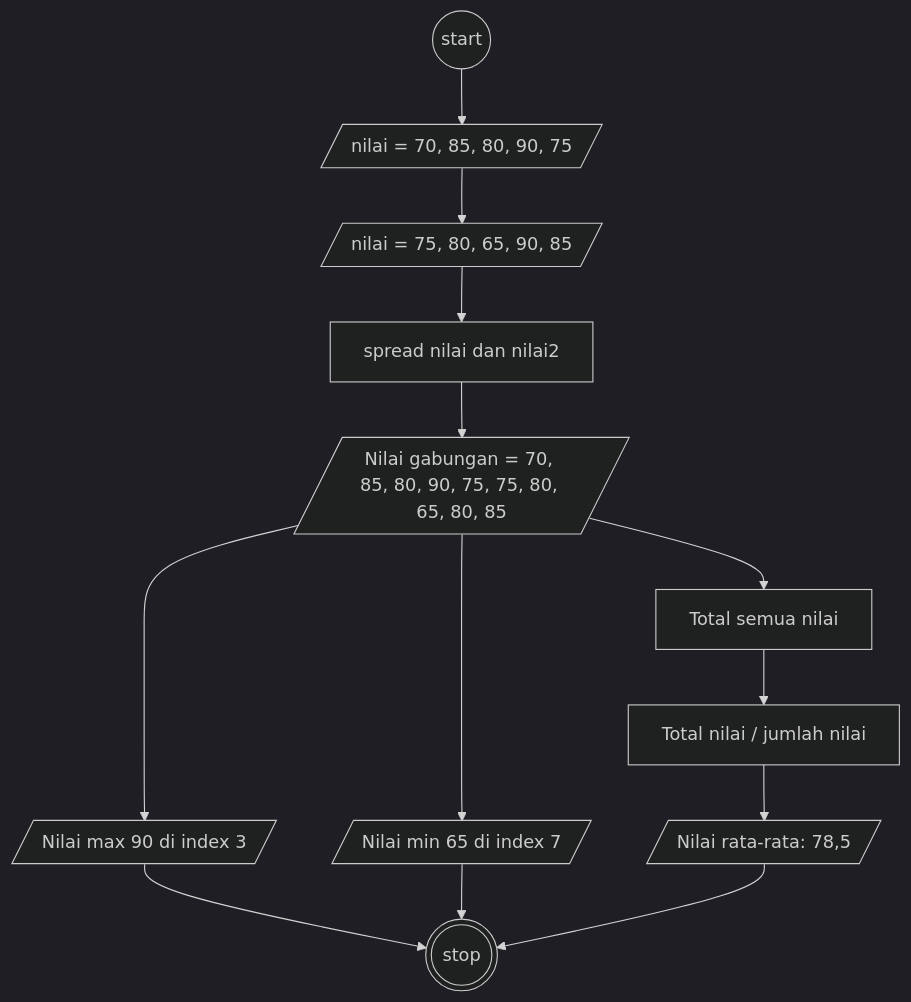
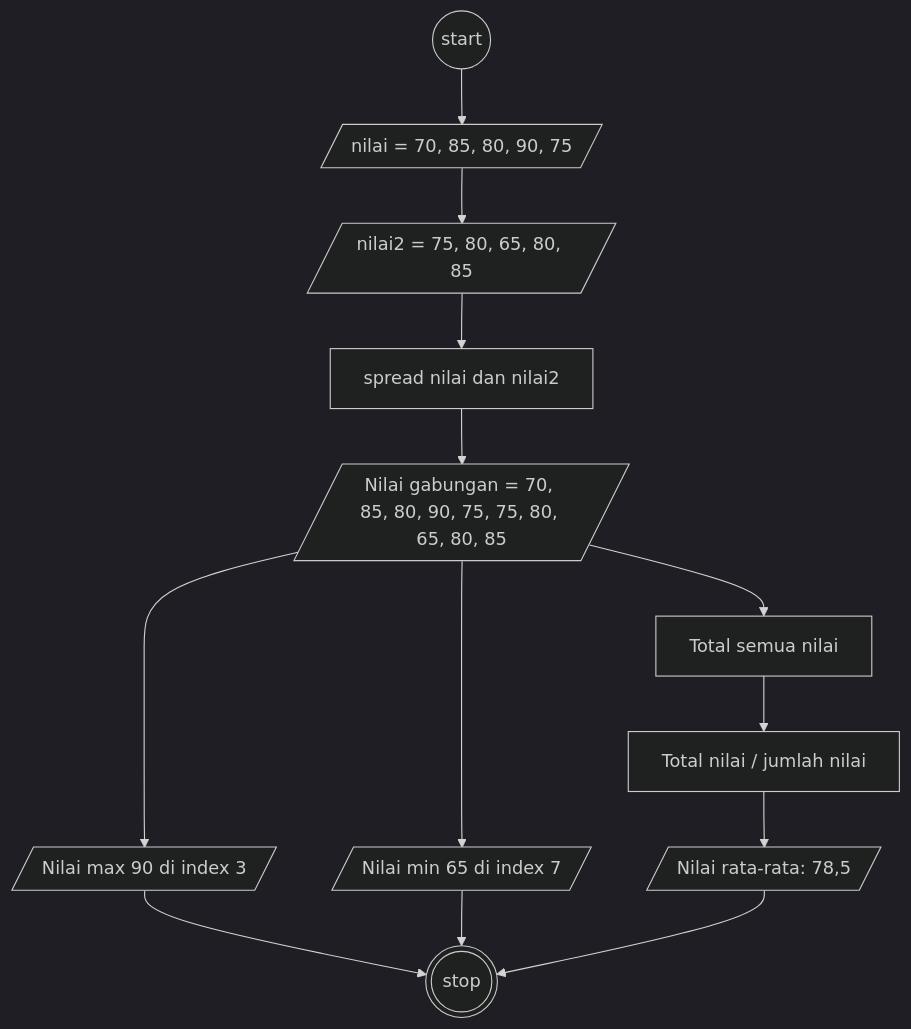
One commit to dev-Flone/koda-b1-javascript2 changed the diagram in minitask1.md. Above: the diagram before and after it, drawn with Mermaid (dark theme).

Commit message:
minitask1

````diff
--- a/minitask1.md
+++ b/minitask1.md
@@ -2,21 +2,21 @@
 ``` mermaid
 flowchart TD
     start((start))
     nilai[/nilai = 70, 85, 80, 90, 75/]
-    nilai2[/nilai = 75, 80, 65, 90, 85/]
+    nilai2[/nilai2 = 75, 80, 65, 80, 85/]
     spread[spread nilai dan nilai2]
     gabungan[/Nilai gabungan = 70, 85, 80, 90, 75, 75, 80, 65, 80, 85/]
     max[/ Nilai max 90 di index 3 /]
     min[/ Nilai min 65 di index 7 /]
     sum[Total semua nilai]
     avg[Total nilai / jumlah nilai]
     avgOutput[/Nilai rata-rata: 78,5/]
     stop(((stop)))
 
     start --> nilai --> nilai2 --> spread --> gabungan
     gabungan --> max --> stop
     gabungan --> min --> stop
     gabungan --> sum --> avg --> avgOutput --> stop
 
     
 ```
````
